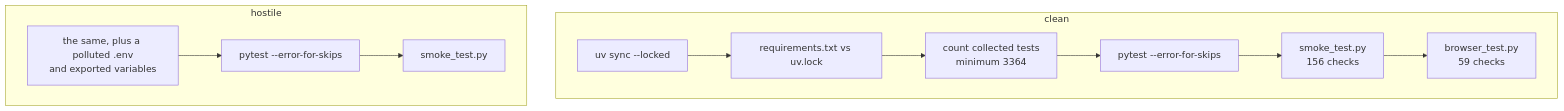
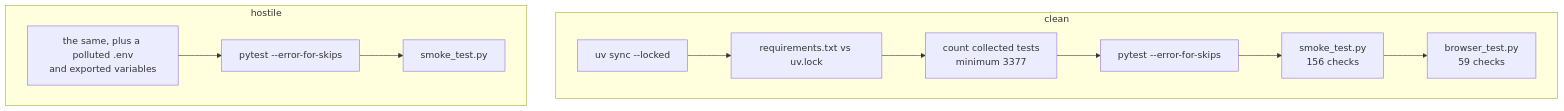
One commit to IAMN1/link-shortener changed the diagram in docs/testing.md. Above: the diagram before and after it, drawn with Mermaid. The commit also changed other lines of this file and 49 other files, not shown here.

````diff
--- a/docs/testing.md
+++ b/docs/testing.md
@@ -409,12 +409,12 @@
 ```mermaid
 flowchart TD
     subgraph clean["clean"]
         C1[uv sync --locked] --> C2[requirements.txt vs uv.lock]
-        C2 --> C3[count collected tests<br/>minimum 3364] --> C4[pytest --error-for-skips]
+        C2 --> C3[count collected tests<br/>minimum 3377] --> C4[pytest --error-for-skips]
         C4 --> C5[smoke_test.py<br/>156 checks] --> C6[browser_test.py<br/>59 checks]
     end
     subgraph hostile["hostile"]
         H1[the same, plus a polluted .env<br/>and exported variables] --> H2[pytest --error-for-skips]
         H2 --> H3[smoke_test.py]
     end
 ```
````
